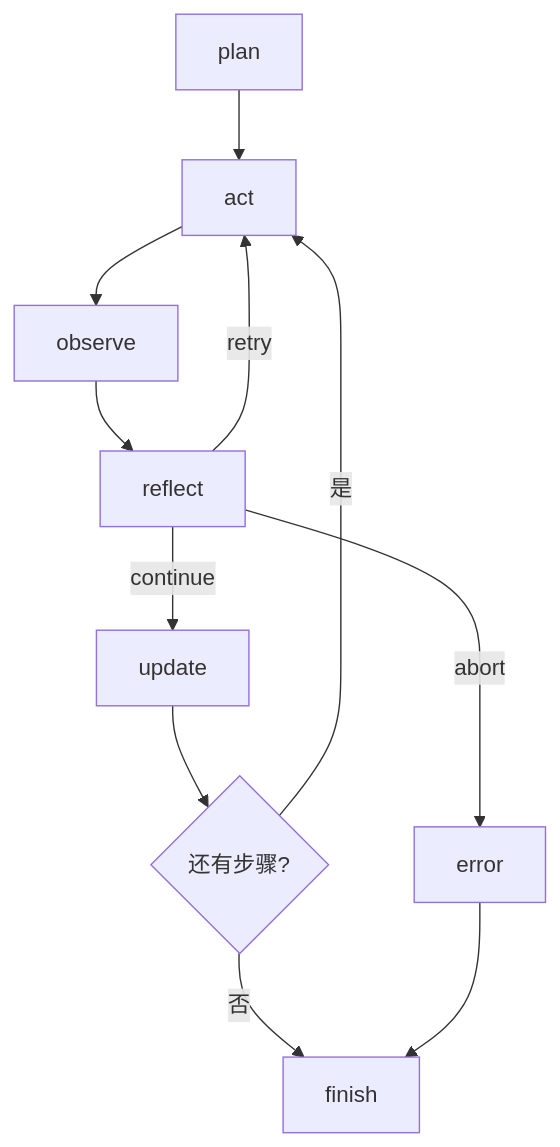
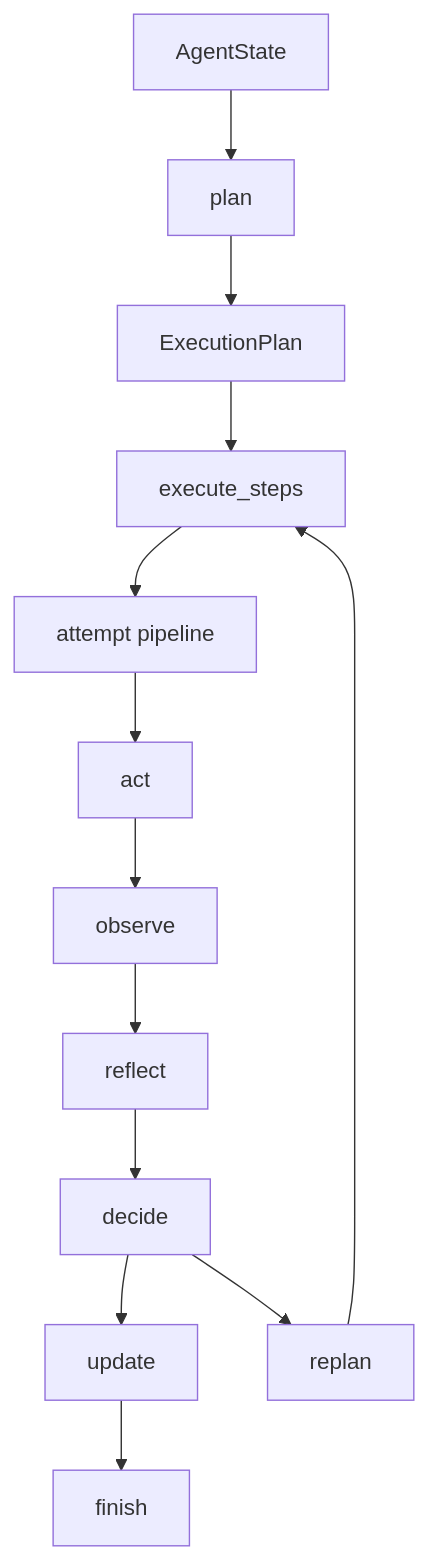
Before and after one commit to 869413421/build_agent: the third of 4 diagrams in docs/tutorials/03-从0到1工业级Agent框架打造-第三章-Engine循环-反思机制与生产约束.md, drawn with Mermaid. The commit also changed other lines of this file and 12 other files, not shown here.

````diff
--- a/docs/tutorials/03-从0到1工业级Agent框架打造-第三章-Engine循环-反思机制与生产约束.md
+++ b/docs/tutorials/03-从0到1工业级Agent框架打造-第三章-Engine循环-反思机制与生产约束.md
@@ -109,13 +146,15 @@
 ```mermaid
 flowchart TD
-    A[plan] --> B[act]
-    B --> C[observe]
-    C --> D[reflect]
-    D -->|continue| E[update]
-    D -->|retry| B
-    D -->|abort| F[error]
-    E --> G{还有步骤?}
-    G -->|是| B
-    G -->|否| H[finish]
-    F --> H
+  A[AgentState] --> B[plan]
+  B --> C[ExecutionPlan]
+  C --> D[execute_steps]
+  D --> E[attempt pipeline]
+  E --> F[act]
+  F --> G[observe]
+  G --> H[reflect]
+  H --> I[decide]
+  I --> J[update]
+  I --> K[replan]
+  J --> L[finish]
+  K --> D
 ```
````
